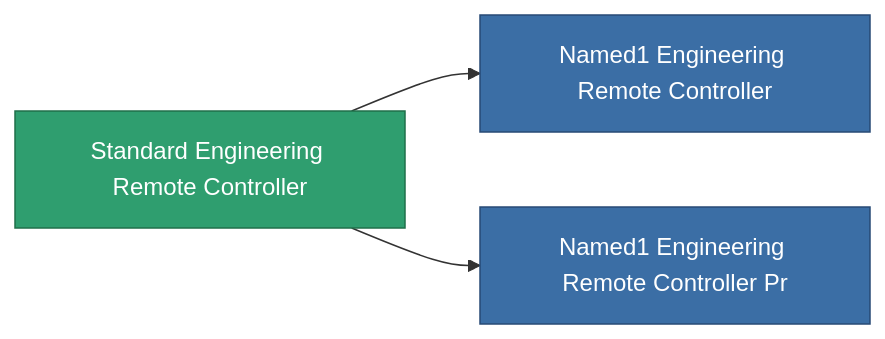
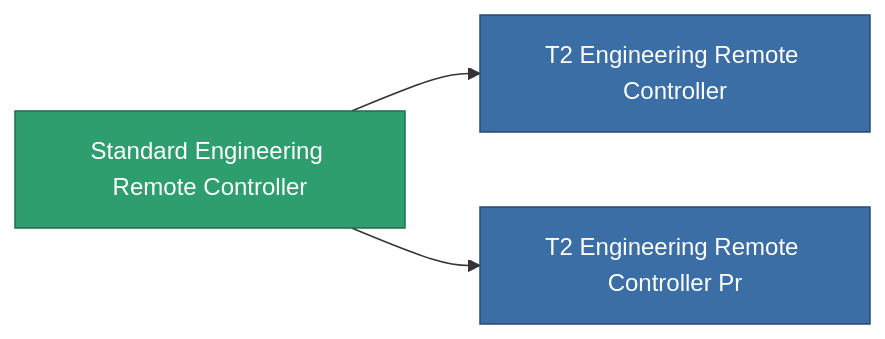
The diagram in content/content/items/standard_engineering_remote_controller.md (OpenPerpetuum/Wiki), drawn with Mermaid before and after one commit. The commit also changed other lines of this file and 4904 other files, not shown here.

````diff
--- a/content/content/items/standard_engineering_remote_controller.md
+++ b/content/content/items/standard_engineering_remote_controller.md
@@ -69,13 +57,13 @@
 ```mermaid
 graph LR
     a["Standard Engineering Remote Controller"]:::current
-    b["Named1 Engineering Remote Controller"]:::prod
+    b["T2 Engineering Remote Controller"]:::prod
     a --> b
-    click b "/content/items/named1-engineering-remote-controller/" "Named1 Engineering Remote Controller"
-    c["Named1 Engineering Remote Controller Pr"]:::prod
+    click b "/content/items/named1-engineering-remote-controller/" "T2 Engineering Remote Controller"
+    c["T2 Engineering Remote Controller Pr"]:::prod
     a --> c
-    click c "/content/items/named1-engineering-remote-controller-pr/" "Named1 Engineering Remote Controller Pr"
+    click c "/content/items/named1-engineering-remote-controller-pr/" "T2 Engineering Remote Controller Pr"
     classDef current fill:#2f9e6f,stroke:#1f6f4a,color:#ffffff
     classDef prod fill:#3b6ea5,stroke:#274a75,color:#ffffff
     classDef more fill:#39445a,stroke:#54658a,color:#d5dbe8
 ```
````
